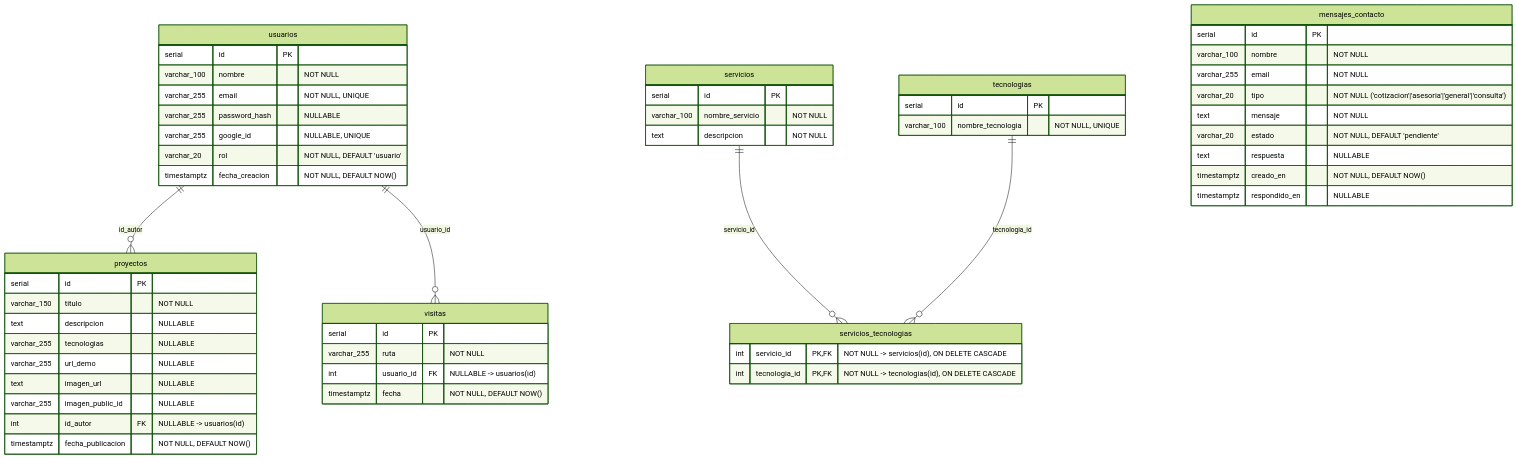
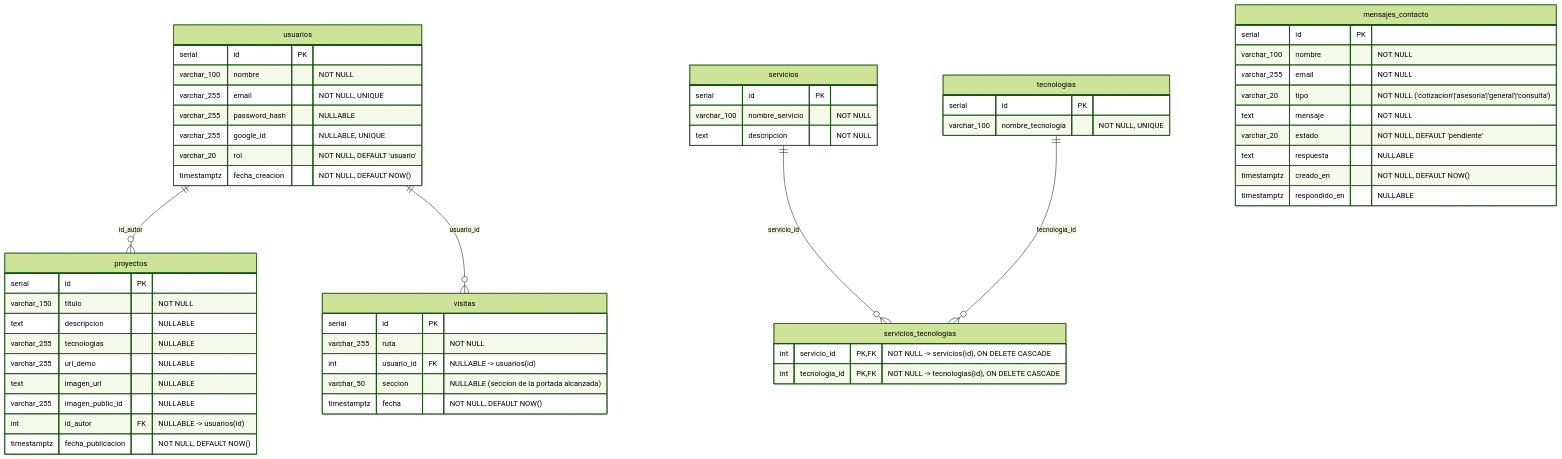
Before and after one commit to BautistaGenovese/Quokka: the diagram in BACKEND_CONTRACT.md, drawn with Mermaid (forest theme). The commit also changed other lines of this file and 27 other files, not shown here.

````diff
--- a/BACKEND_CONTRACT.md
+++ b/BACKEND_CONTRACT.md
@@ -25,64 +25,65 @@
 ```mermaid
 erDiagram
     usuarios ||--o{ proyectos : "id_autor"
     usuarios ||--o{ visitas : "usuario_id"
     servicios ||--o{ servicios_tecnologias : "servicio_id"
     tecnologias ||--o{ servicios_tecnologias : "tecnologia_id"
 
     usuarios {
         serial id PK
         varchar_100 nombre "NOT NULL"
         varchar_255 email "NOT NULL, UNIQUE"
         varchar_255 password_hash "NULLABLE"
         varchar_255 google_id "NULLABLE, UNIQUE"
         varchar_20 rol "NOT NULL, DEFAULT 'usuario'"
         timestamptz fecha_creacion "NOT NULL, DEFAULT NOW()"
     }
 
     proyectos {
         serial id PK
         varchar_150 titulo "NOT NULL"
         text descripcion "NULLABLE"
         varchar_255 tecnologias "NULLABLE"
         varchar_255 url_demo "NULLABLE"
         text imagen_url "NULLABLE"
         varchar_255 imagen_public_id "NULLABLE"
         int id_autor FK "NULLABLE -> usuarios(id)"
         timestamptz fecha_publicacion "NOT NULL, DEFAULT NOW()"
     }
 
     servicios {
         serial id PK
         varchar_100 nombre_servicio "NOT NULL"
         text descripcion "NOT NULL"
     }
 
     tecnologias {
         serial id PK
         varchar_100 nombre_tecnologia "NOT NULL, UNIQUE"
     }
 
     servicios_tecnologias {
         int servicio_id PK, FK "NOT NULL -> servicios(id), ON DELETE CASCADE"
         int tecnologia_id PK, FK "NOT NULL -> tecnologias(id), ON DELETE CASCADE"
     }
 
     mensajes_contacto {
         serial id PK
         varchar_100 nombre "NOT NULL"
         varchar_255 email "NOT NULL"
         varchar_20 tipo "NOT NULL ('cotizacion'|'asesoria'|'general'|'consulta')"
         text mensaje "NOT NULL"
         varchar_20 estado "NOT NULL, DEFAULT 'pendiente'"
         text respuesta "NULLABLE"
         timestamptz creado_en "NOT NULL, DEFAULT NOW()"
         timestamptz respondido_en "NULLABLE"
     }
 
     visitas {
         serial id PK
         varchar_255 ruta "NOT NULL"
         int usuario_id FK "NULLABLE -> usuarios(id)"
+        varchar_50 seccion "NULLABLE (seccion de la portada alcanzada)"
         timestamptz fecha "NOT NULL, DEFAULT NOW()"
     }
 ```
````
